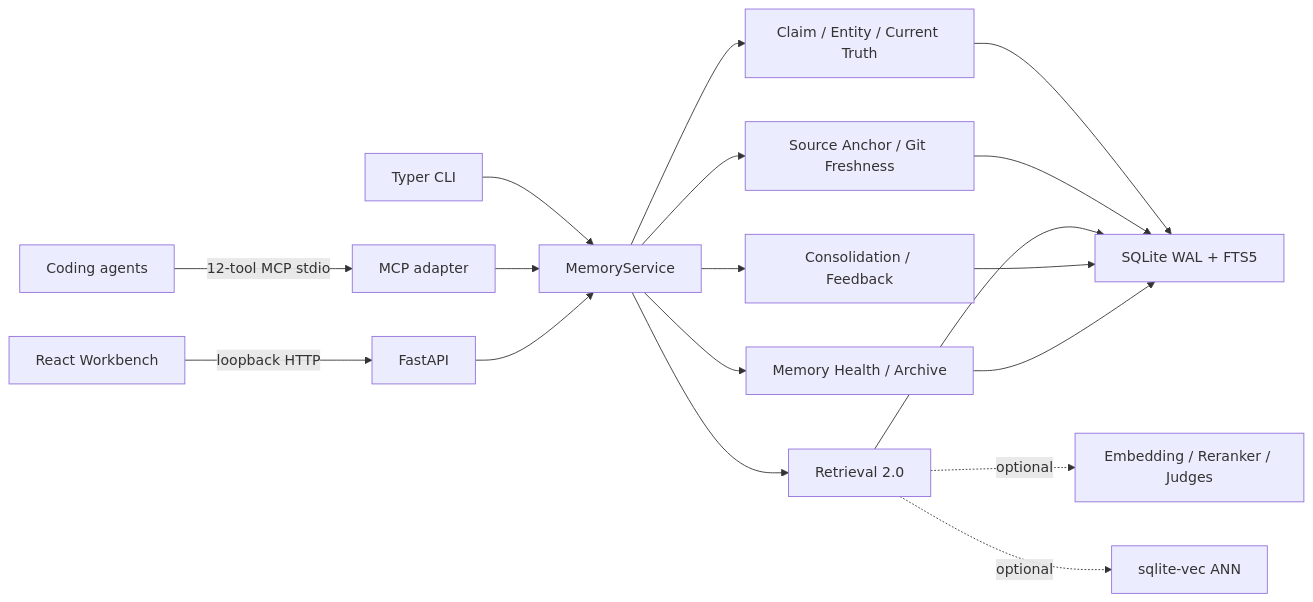
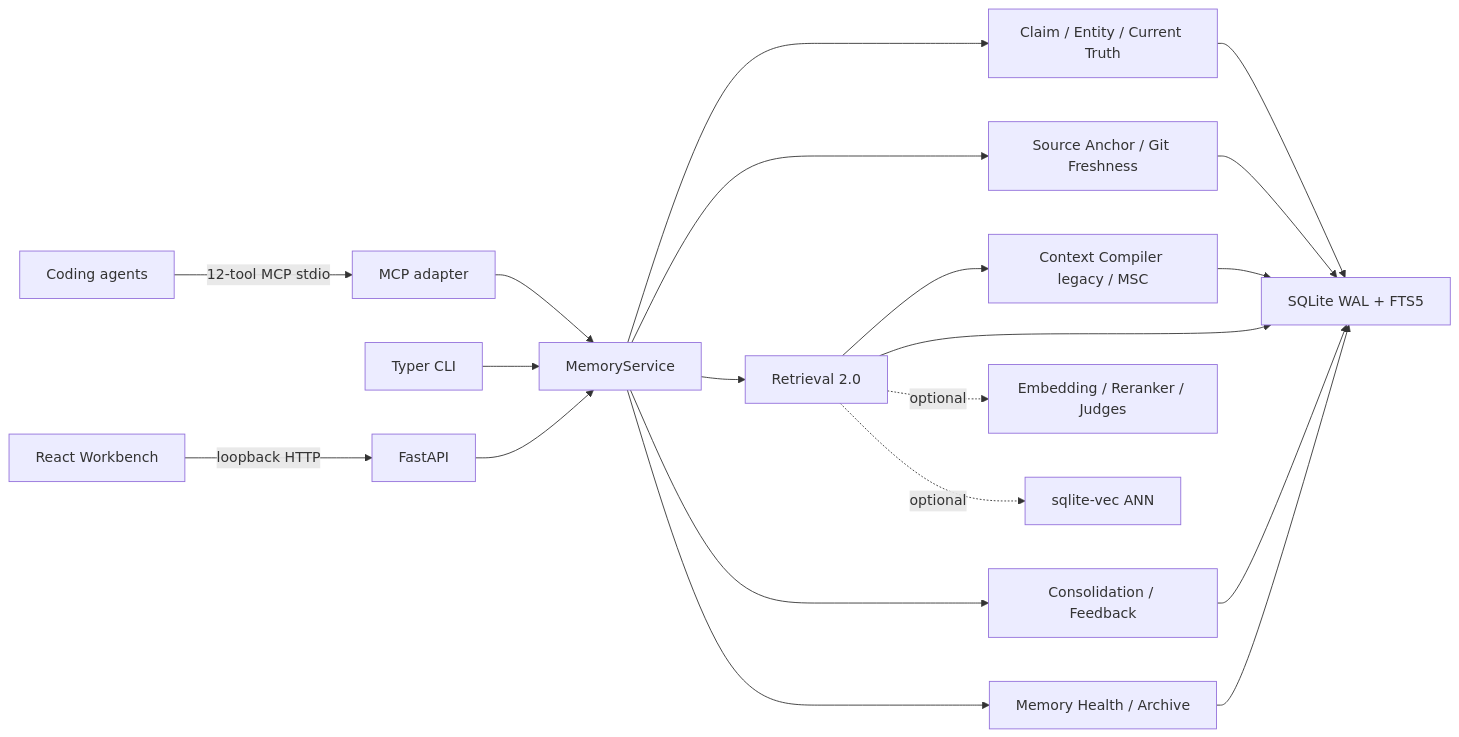
One commit to tianhao8687/MemoryOS changed the first of 2 diagrams in ARCHITECTURE.md. Above: the diagram before and after it, drawn with Mermaid. The commit also changed other lines of this file and 55 other files, not shown here.

````diff
--- a/ARCHITECTURE.md
+++ b/ARCHITECTURE.md
@@ -11,20 +11,22 @@
 ```mermaid
 flowchart LR
     Agents["Coding agents"] -->|"12-tool MCP stdio"| MCP["MCP adapter"]
     CLI["Typer CLI"] --> Service["MemoryService"]
     UI["React Workbench"] -->|"loopback HTTP"| API["FastAPI"]
     MCP --> Service
     API --> Service
     Service --> Truth["Claim / Entity / Current Truth"]
     Service --> Fresh["Source Anchor / Git Freshness"]
     Service --> Retrieval["Retrieval 2.0"]
+    Retrieval --> Compiler["Context Compiler legacy / MSC"]
     Service --> Consolidation["Consolidation / Feedback"]
     Service --> Health["Memory Health / Archive"]
     Truth --> DB["SQLite WAL + FTS5"]
     Fresh --> DB
     Retrieval --> DB
+    Compiler --> DB
     Consolidation --> DB
     Health --> DB
     Retrieval -. optional .-> Providers["Embedding / Reranker / Judges"]
     Retrieval -. optional .-> ANN["sqlite-vec ANN"]
 ```
````
